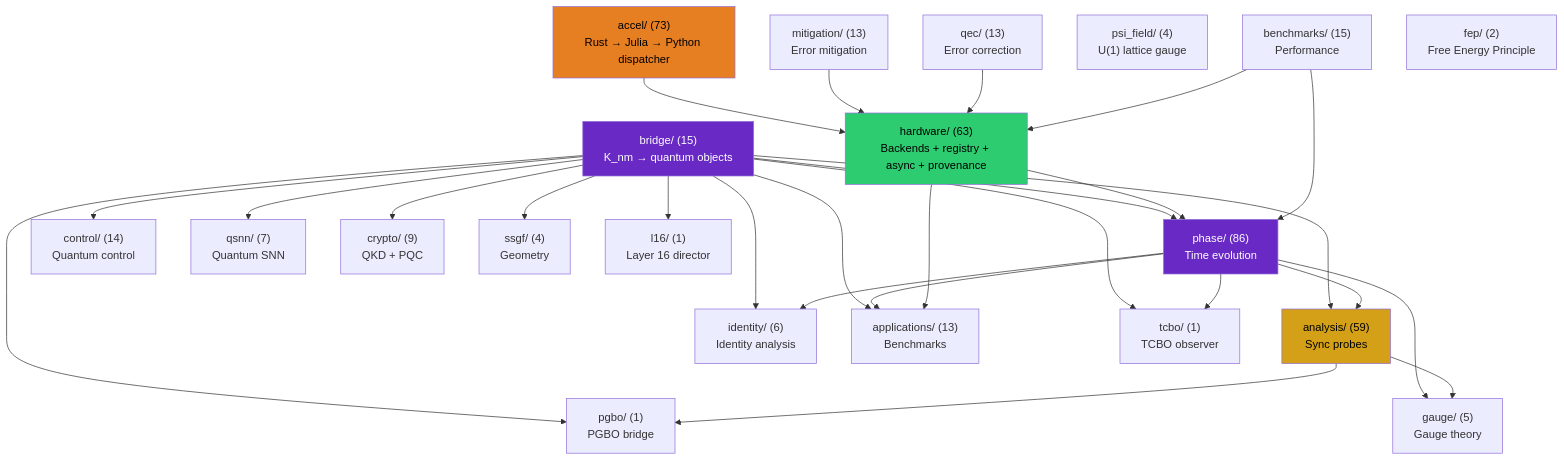
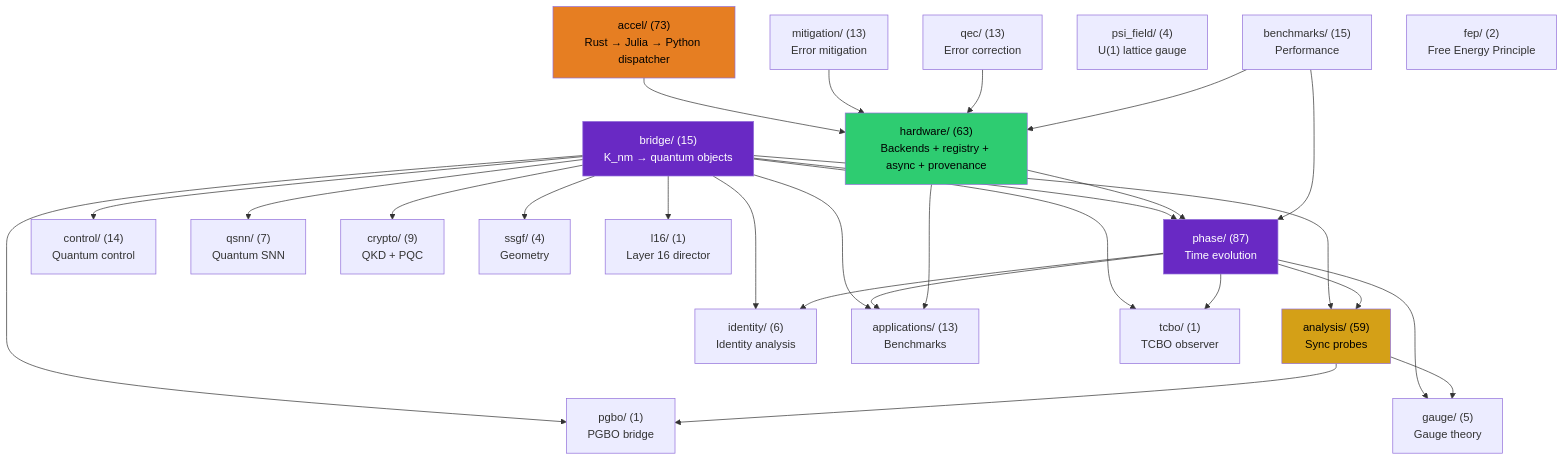
One commit to anulum/scpn-quantum-control changed the first of 4 diagrams in docs/architecture.md. Above: the diagram before and after it, drawn with Mermaid. The commit also changed other lines of this file and 3 other files, not shown here.

````diff
--- a/docs/architecture.md
+++ b/docs/architecture.md
@@ -91,55 +91,55 @@
 ```mermaid
 graph TD
     bridge["bridge/ (15)\nK_nm → quantum objects"]
-    phase["phase/ (86)\nTime evolution"]
+    phase["phase/ (87)\nTime evolution"]
     analysis["analysis/ (59)\nSync probes"]
     control["control/ (14)\nQuantum control"]
     qsnn["qsnn/ (7)\nQuantum SNN"]
     identity["identity/ (6)\nIdentity analysis"]
     hardware["hardware/ (63)\nBackends + registry + async + provenance"]
     mitigation["mitigation/ (13)\nError mitigation"]
     qec["qec/ (13)\nError correction"]
     gauge["gauge/ (5)\nGauge theory"]
     apps["applications/ (13)\nBenchmarks"]
     crypto["crypto/ (9)\nQKD + PQC"]
     benchmarks["benchmarks/ (15)\nPerformance"]
     ssgf["ssgf/ (4)\nGeometry"]
     psi_field["psi_field/ (4)\nU(1) lattice gauge"]
     accel["accel/ (73)\nRust → Julia → Python dispatcher"]
     fep["fep/ (2)\nFree Energy Principle"]
     tcbo["tcbo/ (1)\nTCBO observer"]
     pgbo["pgbo/ (1)\nPGBO bridge"]
     l16["l16/ (1)\nLayer 16 director"]
 
     bridge --> phase
     bridge --> analysis
     bridge --> control
     bridge --> qsnn
     bridge --> identity
     bridge --> apps
     bridge --> crypto
     bridge --> ssgf
     phase --> analysis
     phase --> identity
     phase --> apps
     phase --> gauge
     analysis --> gauge
     hardware --> phase
     hardware --> apps
     accel --> hardware
     mitigation --> hardware
     qec --> hardware
     benchmarks --> phase
     benchmarks --> hardware
     bridge --> tcbo
     bridge --> pgbo
     bridge --> l16
     phase --> tcbo
     analysis --> pgbo
 
     style bridge fill:#6929C4,color:#fff
     style analysis fill:#d4a017,color:#000
     style phase fill:#6929C4,color:#fff
     style hardware fill:#2ecc71,color:#000
     style accel fill:#e67e22,color:#000
 ```
````
